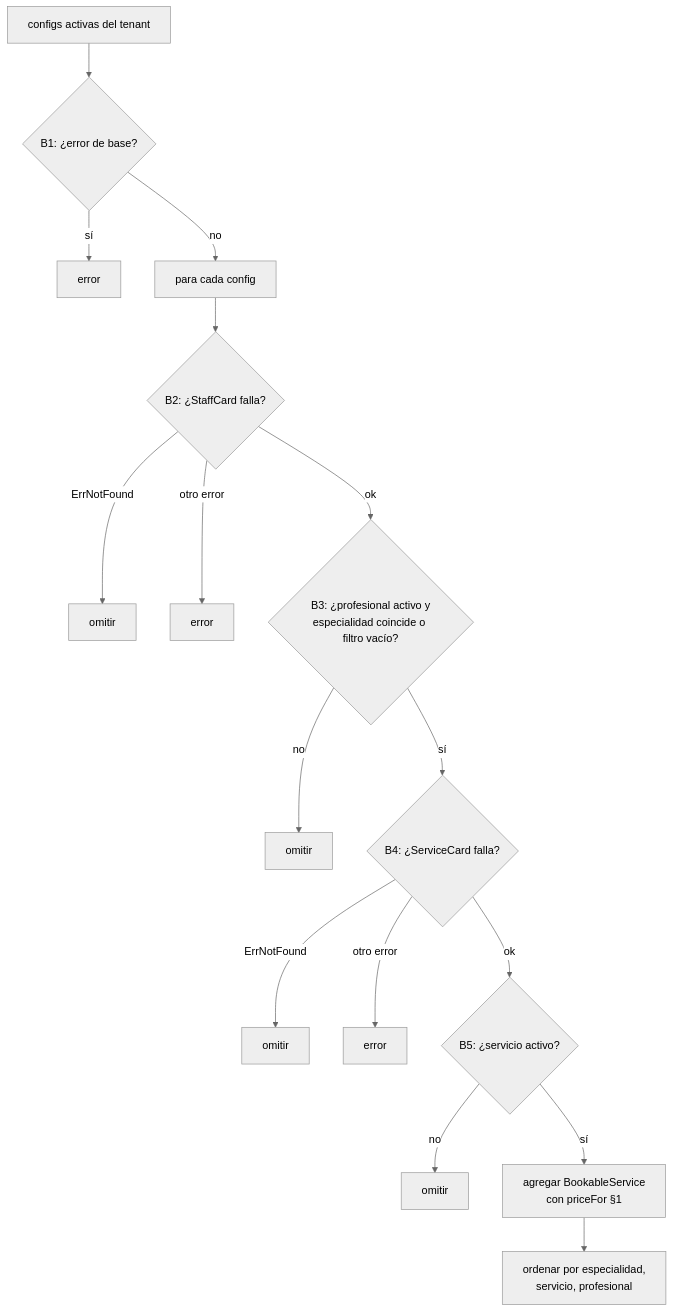
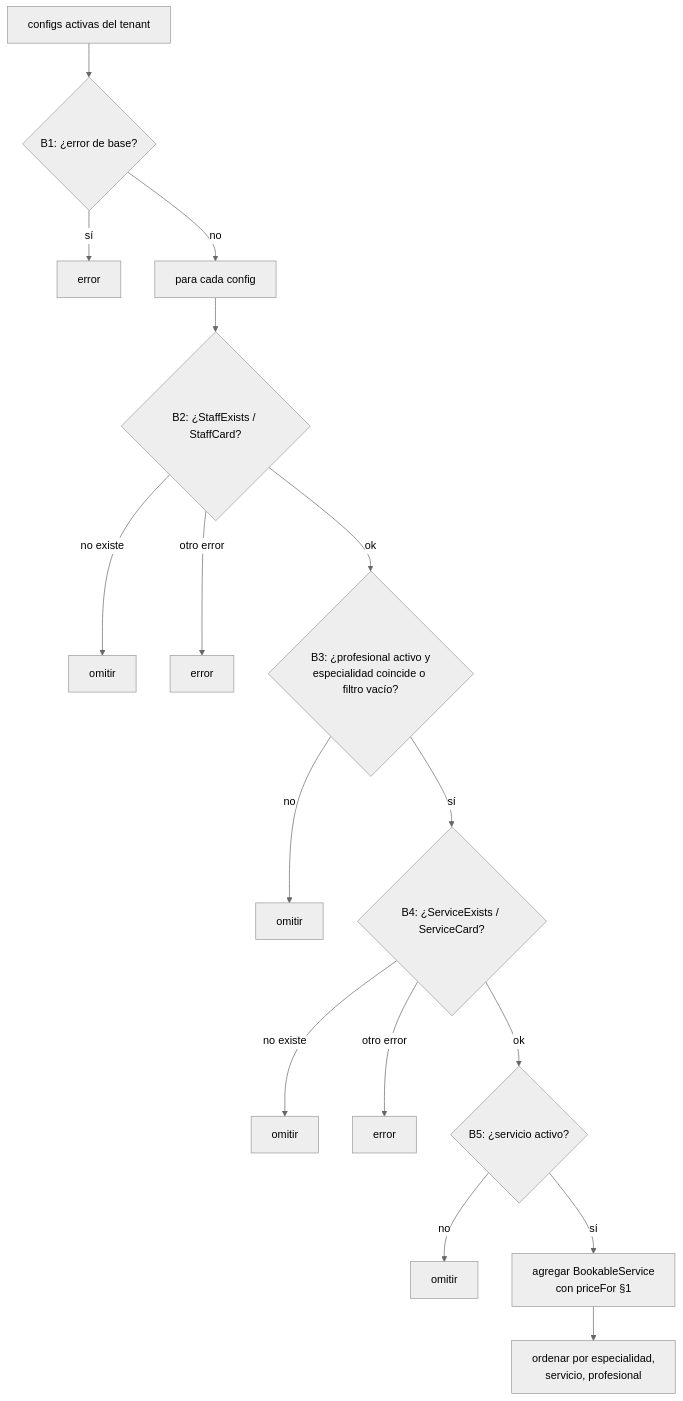
Before and after one commit to veltylabs/appointment_booking: the second of 7 diagrams in docs/diagrams/booking_backend.md, drawn with Mermaid (neutral theme). The commit also changed other lines of this file and 3 other files, not shown here.

Commit message:
docs: orden final de los pasos (resumen antes del pago), chipgrid, B2/B4 con StaffExists/ServiceExists; README con las pantallas; AGENTS.md con su cabecera de notas intacta

````diff
--- a/docs/diagrams/booking_backend.md
+++ b/docs/diagrams/booking_backend.md
@@ -23,18 +27,18 @@
 ```mermaid
 flowchart TD
     A[configs activas del tenant] --> B1{B1: ¿error de base?}
     B1 -- sí --> E0[error]
     B1 -- no --> L[para cada config]
-    L --> B2{B2: ¿StaffCard falla?}
-    B2 -- ErrNotFound --> SKIP1[omitir]
+    L --> B2{B2: ¿StaffExists / StaffCard?}
+    B2 -- no existe --> SKIP1[omitir]
     B2 -- otro error --> E1[error]
     B2 -- ok --> B3{B3: ¿profesional activo y<br>especialidad coincide o filtro vacío?}
     B3 -- no --> SKIP2[omitir]
-    B3 -- sí --> B4{B4: ¿ServiceCard falla?}
-    B4 -- ErrNotFound --> SKIP3[omitir]
+    B3 -- sí --> B4{B4: ¿ServiceExists / ServiceCard?}
+    B4 -- no existe --> SKIP3[omitir]
     B4 -- otro error --> E2[error]
     B4 -- ok --> B5{B5: ¿servicio activo?}
     B5 -- no --> SKIP4[omitir]
     B5 -- sí --> ADD[agregar BookableService<br>con priceFor §1]
     ADD --> ORD[ordenar por especialidad,<br>servicio, profesional]
 ```
````
